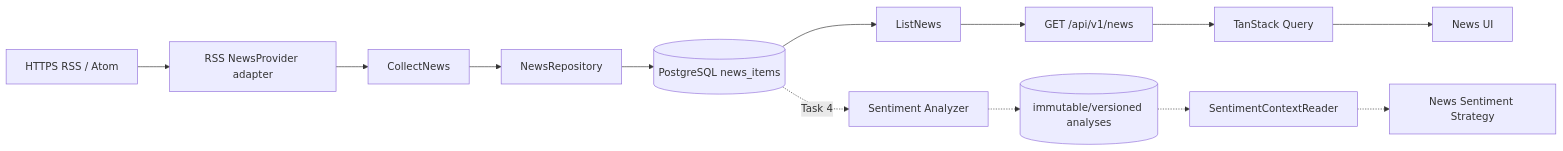
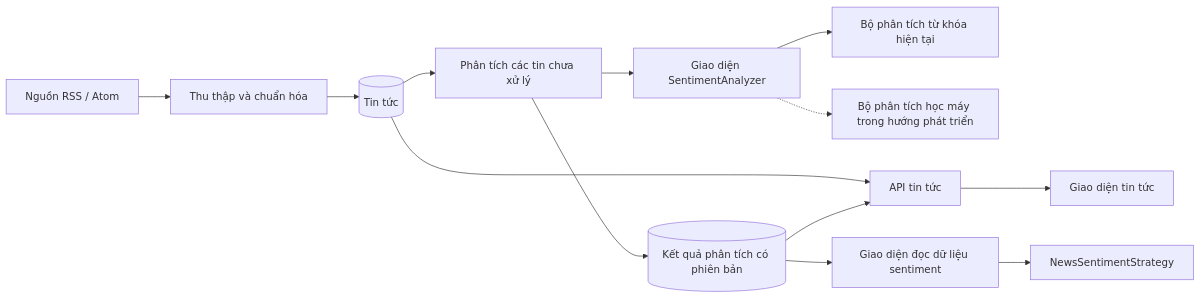
One commit to nhphunng/Crypto-Strategy-Lab changed the seventh of 8 diagrams in docs/ARCHITECTURE.md. Above: the diagram before and after it, drawn with Mermaid. The commit also changed other lines of this file and 2 other files, not shown here.

Commit message:
docs: refine submission architecture and decision reports - Clarify implemented features, limitations, and planned extensions - Map architecture modules to actual code paths - Update README and ADR navigation links

````diff
--- a/docs/ARCHITECTURE.md
+++ b/docs/ARCHITECTURE.md
@@ -196,15 +267,15 @@
 ```mermaid
 flowchart LR
-    RSS["HTTPS RSS / Atom"] --> PROVIDER["RSS NewsProvider adapter"]
-    PROVIDER --> COLLECT["CollectNews"]
-    COLLECT --> REPOSITORY["NewsRepository"]
-    REPOSITORY --> DB[("PostgreSQL news_items")]
-    DB --> LIST["ListNews"]
-    LIST --> API["GET /api/v1/news"]
-    API --> QUERY["TanStack Query"]
-    QUERY --> UI["News UI"]
-    DB -. "Task 4" .-> ANALYZER["Sentiment Analyzer"]
-    ANALYZER -.-> RESULT[("immutable/versioned analyses")]
-    RESULT -.-> CONTEXT["SentimentContextReader"]
-    CONTEXT -.-> STRATEGY["News Sentiment Strategy"]
+    Feed["Nguồn RSS / Atom"] --> Collect["Thu thập và chuẩn hóa"]
+    Collect --> News[("Tin tức")]
+    News --> Batch["Phân tích các tin chưa xử lý"]
+    Batch --> Analyzer["Giao diện SentimentAnalyzer"]
+    Analyzer --> Lexicon["Bộ phân tích từ khóa hiện tại"]
+    Analyzer -.-> ML["Bộ phân tích học máy trong hướng phát triển"]
+    Batch --> Results[("Kết quả phân tích có phiên bản")]
+    News --> API["API tin tức"]
+    Results --> API
+    API --> UI["Giao diện tin tức"]
+    Results --> Reader["Giao diện đọc dữ liệu sentiment"]
+    Reader --> Strategy["NewsSentimentStrategy"]
 ```
````
